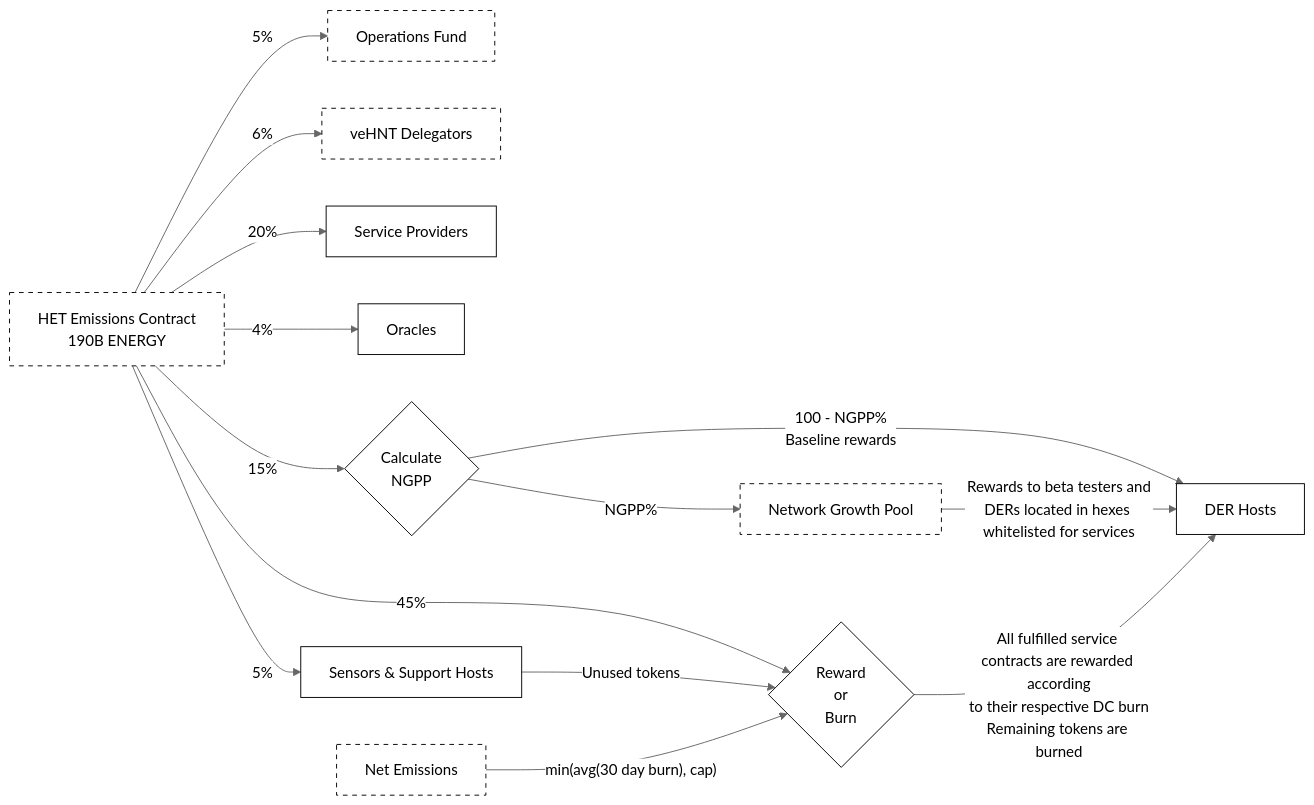
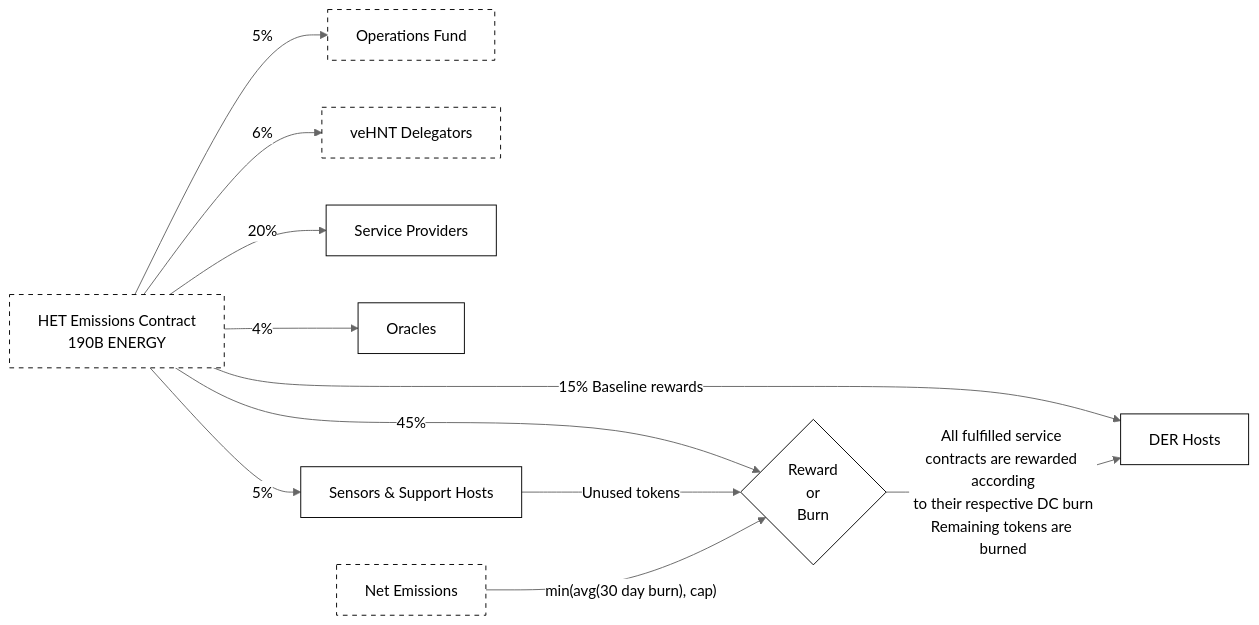
Before and after one commit to helium/HIP: the second of 2 diagrams in 0128-energy-subnetwork.md, drawn with Mermaid. The commit also changed other lines of this file, not shown here.

````diff
--- a/0128-energy-subnetwork.md
+++ b/0128-energy-subnetwork.md
@@ -120,43 +136,36 @@
 ```mermaid
 %%{init: {'theme': 'neutral'}}%%
 flowchart LR
     HETEmissions[HET Emissions Contract\n190B ENERGY]:::dashed
 
     OperationsFund[Operations Fund]:::dashed
     veHNTDelegators[veHNT Delegators]:::dashed
     RewardOrBurn{Reward\nor\nBurn}:::standard
-    NetworkGrowthPool[Network Growth Pool]:::dashed
     ServiceProviders[Service Providers]:::standard
     Oracles[Oracles]:::standard
     SensorsSupportHosts[Sensors & Support Hosts]:::standard
     DERHosts[DER Hosts]:::standard
-    BaselineRewards{Calculate\nNGPP}:::standard
     NetEmissions[Net Emissions]:::dashed
 
     classDef dashed fill:#ffffff,stroke:#000000,stroke-dasharray: 5 5
     classDef standard fill:#ffffff,stroke:#000000
 
     HETEmissions -->|5%|OperationsFund
     HETEmissions -->|6%|veHNTDelegators
     HETEmissions -->|45%|RewardOrBurn
+    HETEmissions --> |15% Baseline rewards|DERHosts
 
-    HETEmissions -->|15%|BaselineRewards
-
-    BaselineRewards --> |100 - NGPP%\nBaseline rewards|DERHosts
-    BaselineRewards -->|NGPP%|NetworkGrowthPool
-
-    NetworkGrowthPool -- Rewards to beta testers and\nDERs located in hexes whitelisted for services --> DERHosts
 
     HETEmissions -->|20%|ServiceProviders
     HETEmissions -->|5%|SensorsSupportHosts
     HETEmissions -->|4%|Oracles
     SensorsSupportHosts --> |Unused tokens|RewardOrBurn
 
     NetEmissions --> |min#40;avg#40;30 day burn#41;, cap#41;|RewardOrBurn
 
 
     RewardOrBurn -->|All fulfilled service contracts are rewarded according\n to their respective DC burn Remaining tokens are burned|DERHosts
 
 
 
 ```
````
